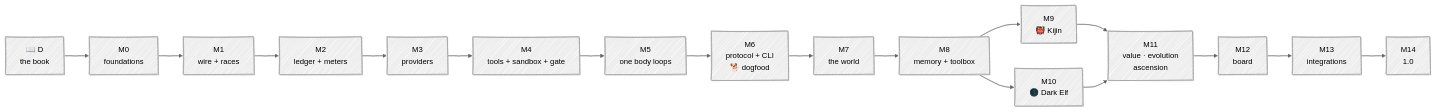
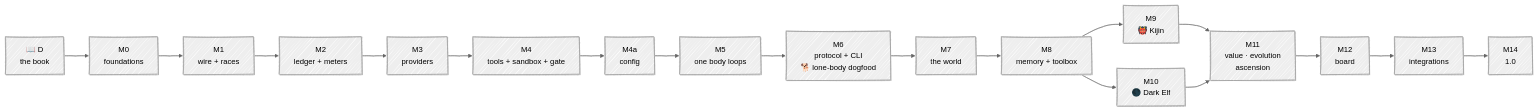
The diagram in docs/roadmap.md (Kaginari/mnemorph), drawn with Mermaid before and after one commit. The commit also changed other lines of this file and 10 other files, not shown here.

Commit message:
docs: the book after a Fable review — envelope exclusions, frozen witnesses and contested seals, workspace soil, weighted-token budgets carved by plan, four cache tiers, M4a config, lone-body dogfood, art-only card brief

````diff
--- a/docs/roadmap.md
+++ b/docs/roadmap.md
@@ -5,24 +5,25 @@
 ```mermaid
 ---
 config:
   look: handDrawn
   theme: neutral
 ---
 flowchart LR
     D["📖 D<br/>the book"] --> M0["M0<br/>foundations"]
     M0 --> M1["M1<br/>wire + races"]
     M1 --> M2["M2<br/>ledger + meters"]
     M2 --> M3["M3<br/>providers"]
     M3 --> M4["M4<br/>tools + sandbox + gate"]
-    M4 --> M5["M5<br/>one body loops"]
-    M5 --> M6["M6<br/>protocol + CLI<br/>🐕 dogfood"]
+    M4 --> M4a["M4a<br/>config"]
+    M4a --> M5["M5<br/>one body loops"]
+    M5 --> M6["M6<br/>protocol + CLI<br/>🐕 lone-body dogfood"]
     M6 --> M7["M7<br/>the world"]
     M7 --> M8["M8<br/>memory + toolbox"]
     M8 --> M9["M9<br/>👹 Kijin"]
     M8 --> M10["M10<br/>🌑 Dark Elf"]
     M9 --> M11["M11<br/>value · evolution<br/>ascension"]
     M10 --> M11
     M11 --> M12["M12<br/>board"]
     M12 --> M13["M13<br/>integrations"]
     M13 --> M14["M14<br/>1.0"]
 ```
````
